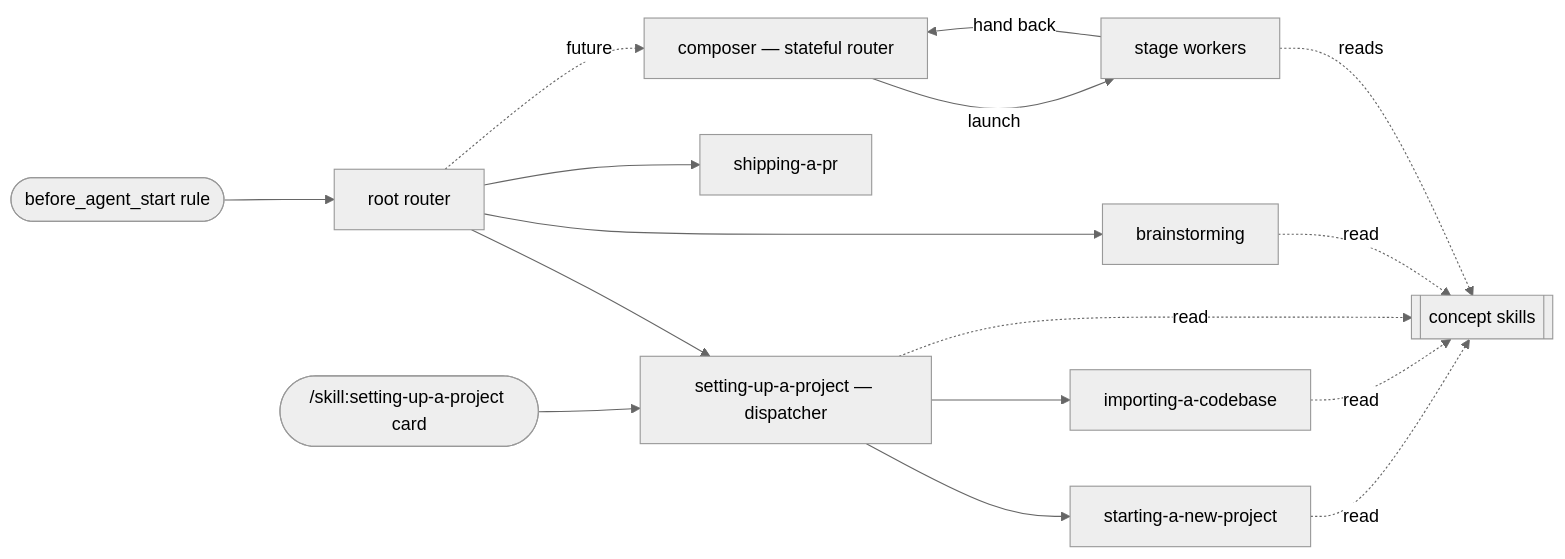
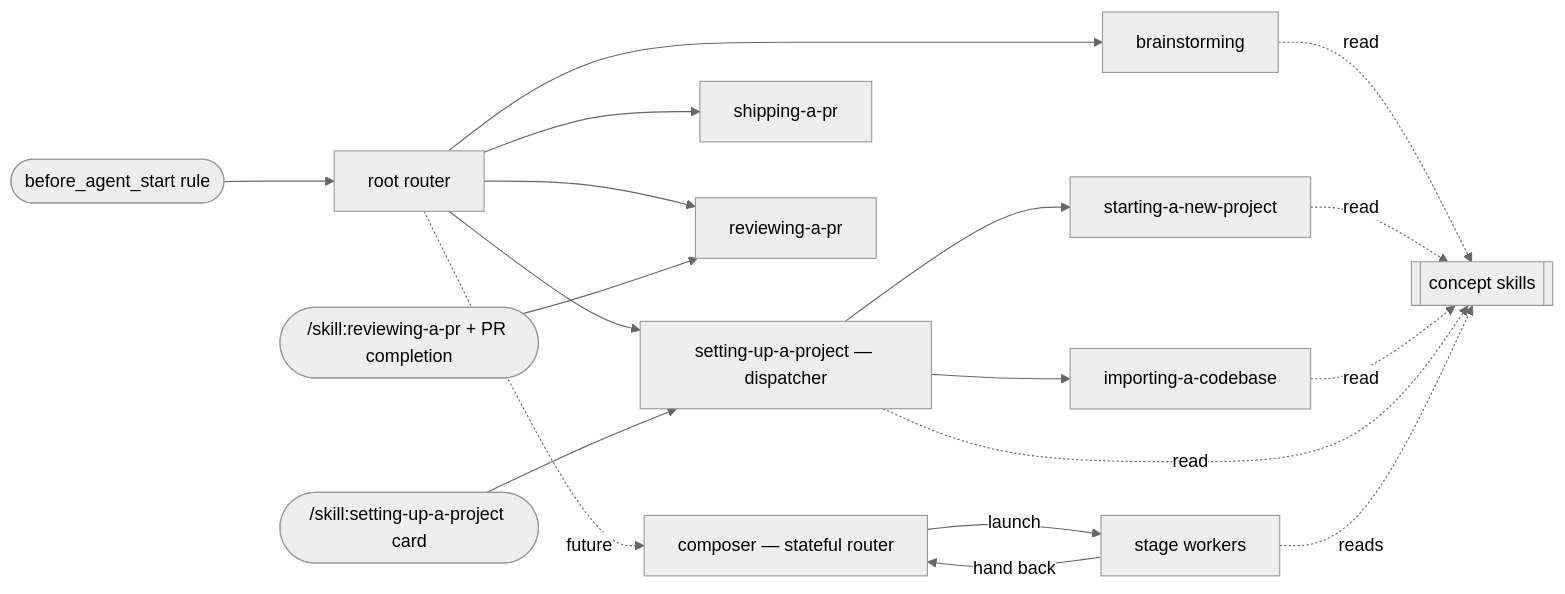
Before and after one commit to JetBrains/thinkrail: the diagram in packages/pi-thinkrail-workflow/skills/SPEC.md, drawn with Mermaid (neutral theme). The commit also changed other lines of this file and 73 other files, not shown here.

First line of the commit message:
feat: review a pull request by picking it as the argument of /skill:reviewing-a-pr (#1449)

````diff
--- a/packages/pi-thinkrail-workflow/skills/SPEC.md
+++ b/packages/pi-thinkrail-workflow/skills/SPEC.md
@@ -77,15 +84,17 @@
 ```mermaid
 flowchart LR
   rule([before_agent_start rule]) --> router[root router]
   router --> ps[setting-up-a-project — dispatcher]
   router --> bs[brainstorming]
   router --> ship[shipping-a-pr]
+  router --> rev[reviewing-a-pr]
+  completion(["/skill:reviewing-a-pr + PR completion"]) --> rev
   card(["/skill:setting-up-a-project card"]) --> ps
   ps --> pn[starting-a-new-project]
   ps --> pim[importing-a-codebase]
   router -. future .-> comp[composer — stateful router]
   comp -->|launch| st[stage workers]
   st -->|hand back| comp
   bs & pn & pim & ps -. read .-> con[[concept skills]]
   st -. reads .-> con
 ```
````
